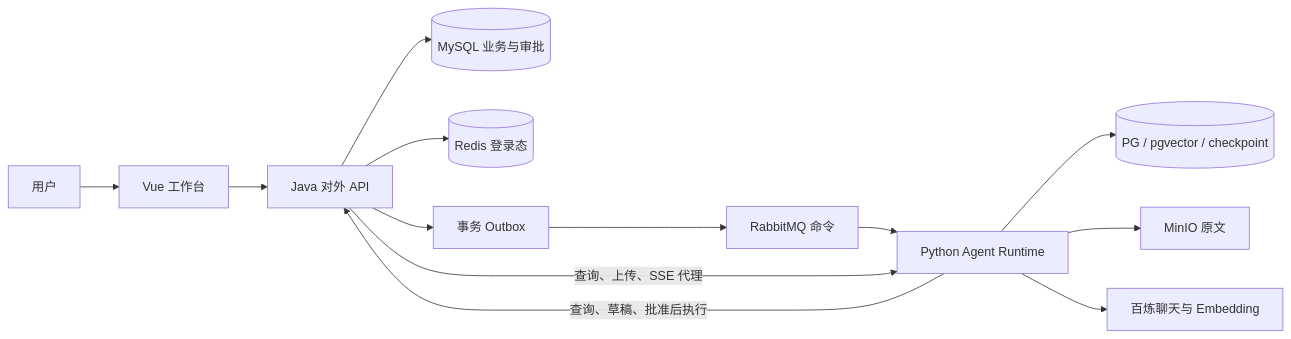
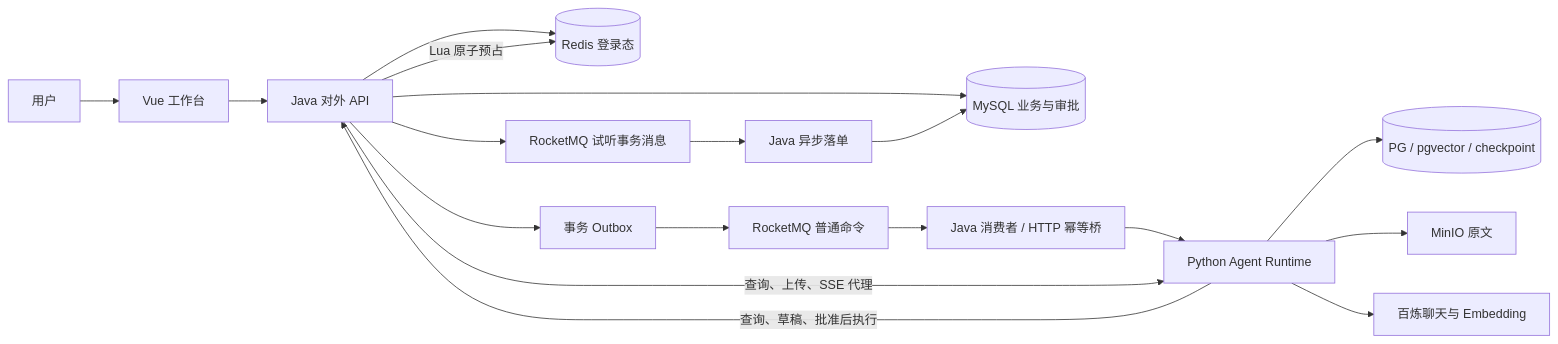
Before and after one commit to Chen166-cloud/zhikexing-backend: the first of 2 diagrams in docs/product/产品功能说明书-研发版.md, drawn with Mermaid. The commit also changed other lines of this file and 60 other files, not shown here.

Commit message:
feat: add trial flash sale and RocketMQ agent delivery

````diff
--- a/docs/product/产品功能说明书-研发版.md
+++ b/docs/product/产品功能说明书-研发版.md
@@ -41,15 +44,20 @@
 ```mermaid
 flowchart LR
     U[用户] --> V[Vue 工作台]
     V --> J[Java 对外 API]
     J --> M[(MySQL 业务与审批)]
     J --> R[(Redis 登录态)]
     J --> O[事务 Outbox]
-    O --> Q[RabbitMQ 命令]
-    Q --> P[Python Agent Runtime]
+    O --> Q[RocketMQ 普通命令]
+    Q --> C[Java 消费者 / HTTP 幂等桥]
+    C --> P[Python Agent Runtime]
+    J --> T[RocketMQ 试听事务消息]
+    T --> D[Java 异步落单]
+    D --> M
+    J -->|Lua 原子预占| R
     J -->|查询、上传、SSE 代理| P
     P -->|查询、草稿、批准后执行| J
     P --> G[(PG / pgvector / checkpoint)]
     P --> S[MinIO 原文]
     P --> B[百炼聊天与 Embedding]
 ```
````
